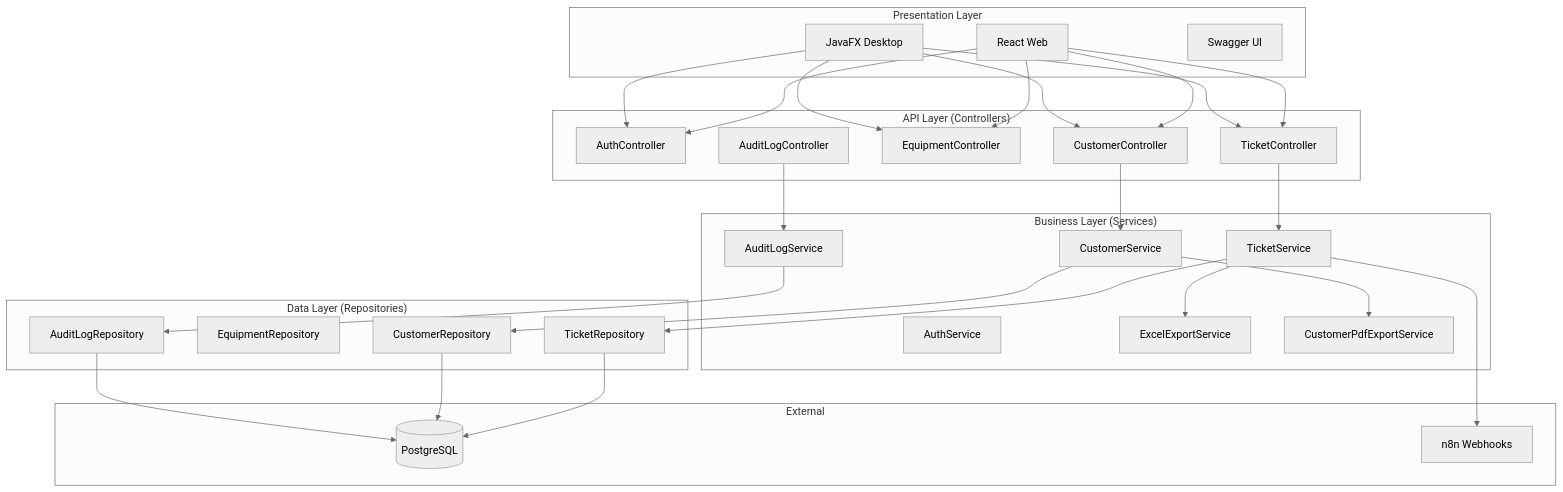
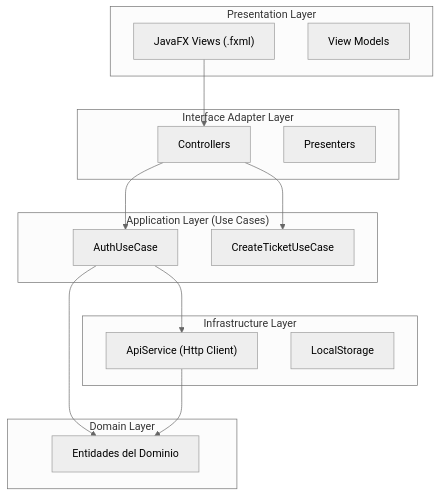
The sixth of 7 diagrams in project_manual.md (enri312/cyrcetech), drawn with Mermaid (neutral theme) before and after one commit. The commit also changed other lines of this file and 47 other files, not shown here.

Commit message:
feat: Implement initial backend services, controllers, security, and DTOs, alongside new frontend views, controllers, API services, and AI integration for a comprehensive application setup.

````diff
--- a/project_manual.md
+++ b/project_manual.md
@@ -316,45 +252,32 @@
 ```mermaid
 graph TB
     subgraph "Presentation Layer"
-        JFX["JavaFX Desktop"]
-        React["React Web"]
-        Swagger["Swagger UI"]
+        View["JavaFX Views (.fxml)"]
+        ViewModel["View Models"]
     end
 
-    subgraph "API Layer (Controllers)"
-        Auth["AuthController"]
-        Cust["CustomerController"]
-        Equip["EquipmentController"]
-        Tick["TicketController"]
-        Audit["AuditLogController"]
+    subgraph "Interface Adapter Layer"
+        Controller["Controllers"]
+        Presenter["Presenters"]
     end
 
-    subgraph "Business Layer (Services)"
-        AuthS["AuthService"]
-        CustS["CustomerService"]
-        TickS["TicketService"]
-        AuditS["AuditLogService"]
-        ExcelS["ExcelExportService"]
-        PdfS["CustomerPdfExportService"]
+    subgraph "Application Layer (Use Cases)"
+        UC_Auth["AuthUseCase"]
+        UC_Ticket["CreateTicketUseCase"]
     end
 
-    subgraph "Data Layer (Repositories)"
-        CustR["CustomerRepository"]
-        EquipR["EquipmentRepository"]
-        TickR["TicketRepository"]
-        AuditR["AuditLogRepository"]
+    subgraph "Domain Layer"
+        Entity["Entidades del Dominio"]
     end
 
-    subgraph External
-        DB[("PostgreSQL")]
-        N8N["n8n Webhooks"]
+    subgraph "Infrastructure Layer"
+        API["ApiService (Http Client)"]
+        Storage["LocalStorage"]
     end
 
-    JFX & React --> Auth & Cust & Equip & Tick
-    Audit --> AuditS --> AuditR --> DB
-    Cust --> CustS --> CustR --> DB
-    CustS --> PdfS
-    Tick --> TickS --> TickR --> DB
-    TickS --> ExcelS
-    TickS --> N8N
+    View --> Controller
+    Controller --> UC_Auth & UC_Ticket
+    UC_Auth --> Entity
+    UC_Auth --> API
+    API --> Entity
 ```
````
